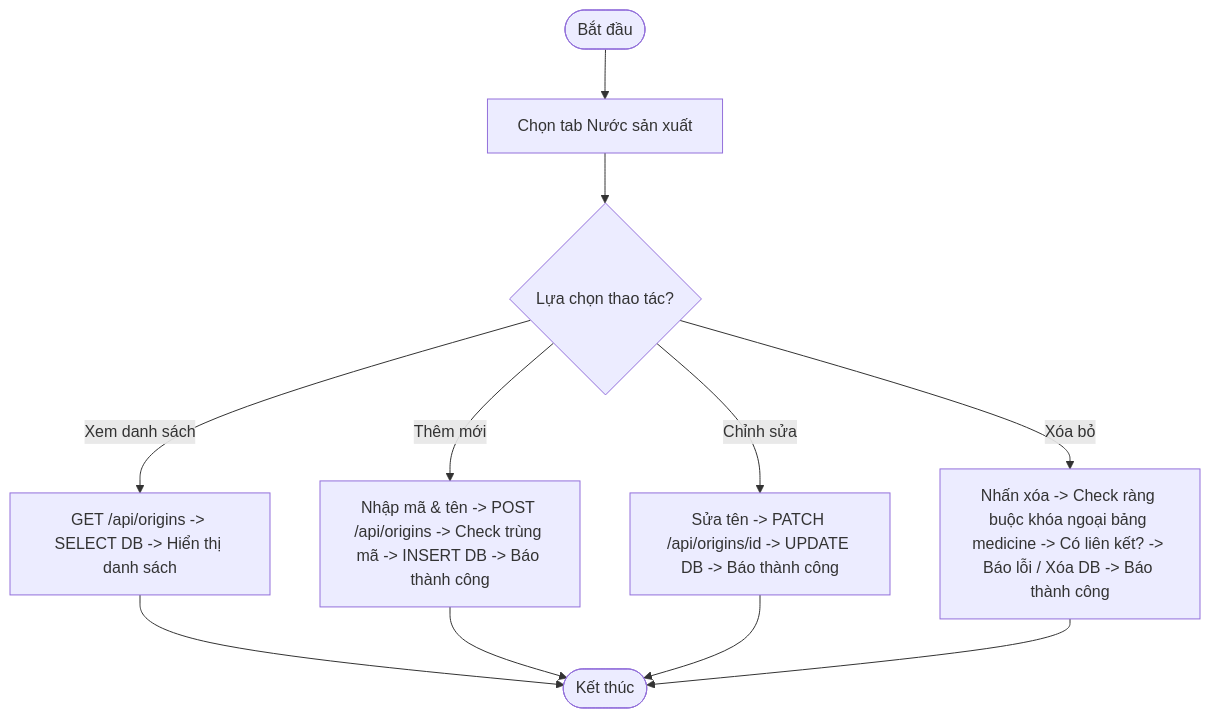
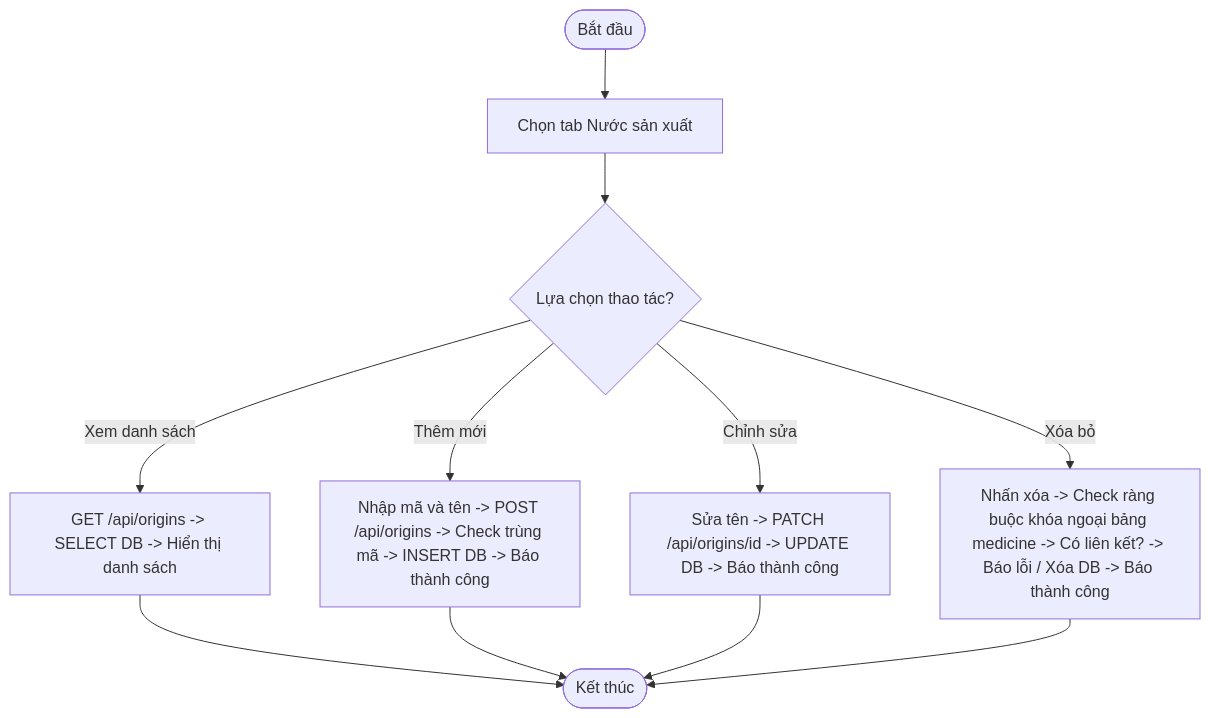
Diagram 11 of 32 in a.md (ngocuyenle15/PIS-CNPM), drawn with Mermaid before and after one commit. The commit also changed other lines of this file, not shown here.

````diff
--- a/a.md
+++ b/a.md
@@ -156,9 +156,9 @@
 ```mermaid
 flowchart TD
     Start([Bắt đầu]) --> SelectTab[Chọn tab Nước sản xuất]
     SelectTab --> ReadAction{Lựa chọn thao tác?}
     ReadAction -- Xem danh sách --> GET[GET /api/origins -> SELECT DB -> Hiển thị danh sách] --> End([Kết thúc])
-    ReadAction -- Thêm mới --> POST[Nhập mã & tên -> POST /api/origins -> Check trùng mã -> INSERT DB -> Báo thành công] --> End
+    ReadAction -- Thêm mới --> POST[Nhập mã và tên -> POST /api/origins -> Check trùng mã -> INSERT DB -> Báo thành công] --> End
     ReadAction -- Chỉnh sửa --> PATCH[Sửa tên -> PATCH /api/origins/id -> UPDATE DB -> Báo thành công] --> End
     ReadAction -- Xóa bỏ --> DELETE[Nhấn xóa -> Check ràng buộc khóa ngoại bảng medicine -> Có liên kết? -> Báo lỗi / Xóa DB -> Báo thành công] --> End
 ```
````
